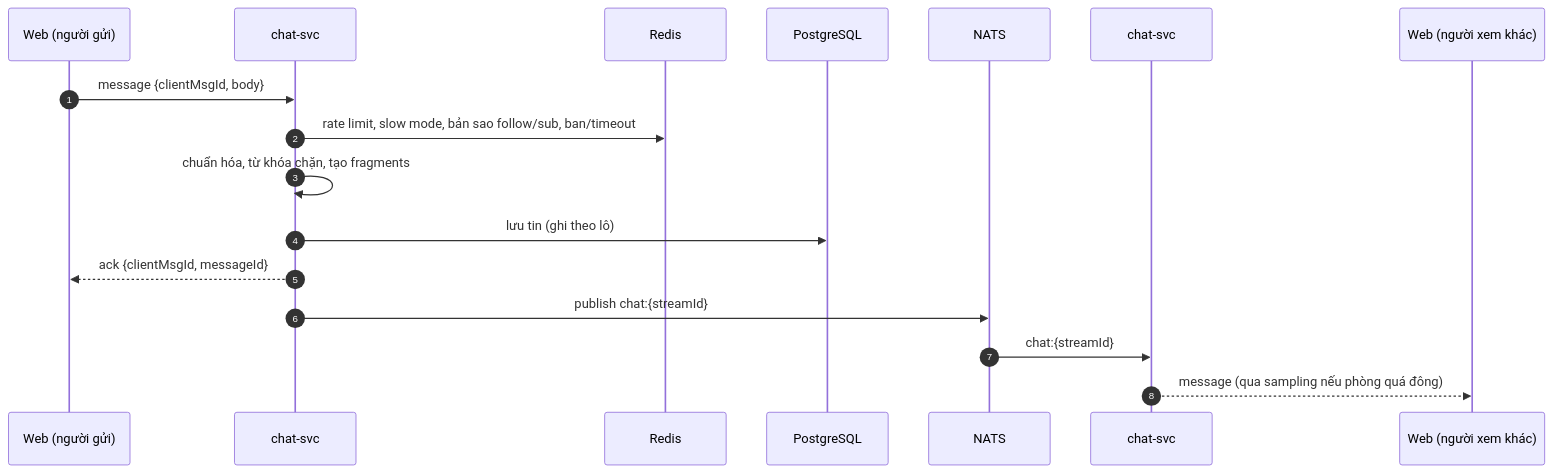
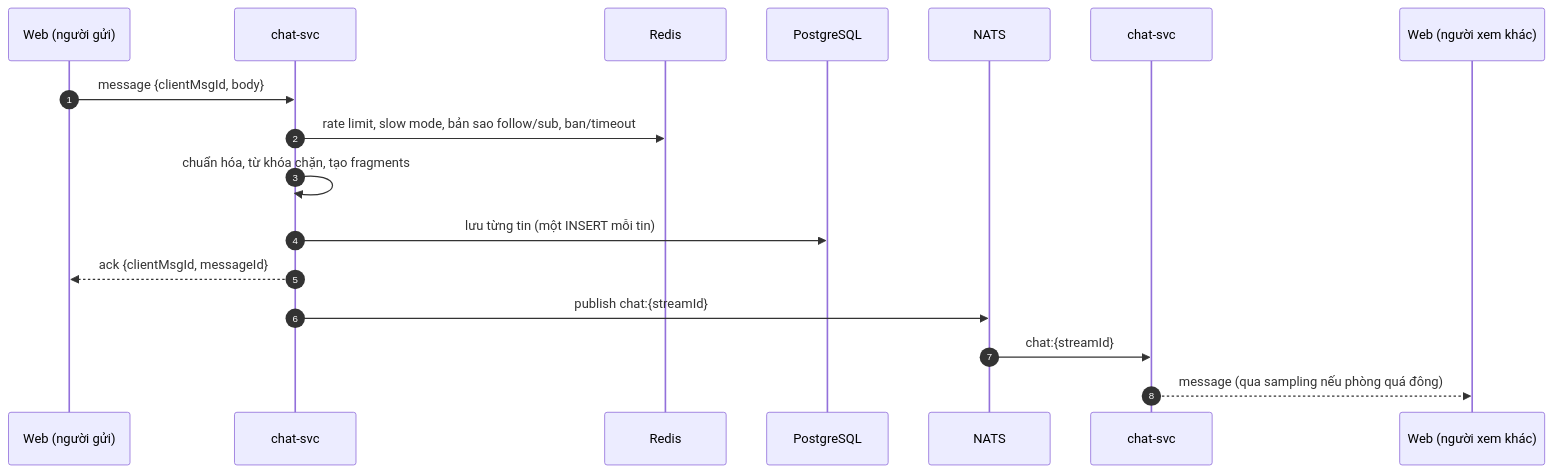
The fifth of 7 diagrams in docs/architecture/system-architecture.md (XiaoChaoMing/nexus-be), drawn with Mermaid before and after one commit. The commit also changed other lines of this file and 4 other files, not shown here.

Commit message:
docs: guest chat and OBS overlay in features, ADR-017/018, data model and API; align the architecture doc with the code

````diff
--- a/docs/architecture/system-architecture.md
+++ b/docs/architecture/system-architecture.md
@@ -257,19 +273,19 @@
 ```mermaid
 sequenceDiagram
     autonumber
     participant U as Web (người gửi)
     participant C1 as chat-svc #1
     participant R as Redis
     participant P as PostgreSQL
     participant N as NATS
     participant C2 as chat-svc #2
     participant V as Web (người xem khác)
     U->>C1: message {clientMsgId, body}
     C1->>R: rate limit, slow mode, bản sao follow/sub, ban/timeout
     C1->>C1: chuẩn hóa, từ khóa chặn, tạo fragments
-    C1->>P: lưu tin (ghi theo lô)
+    C1->>P: lưu từng tin (một INSERT mỗi tin)
     C1-->>U: ack {clientMsgId, messageId}
     C1->>N: publish chat:{streamId}
     N->>C2: chat:{streamId}
     C2-->>V: message (qua sampling nếu phòng quá đông)
 ```
````
